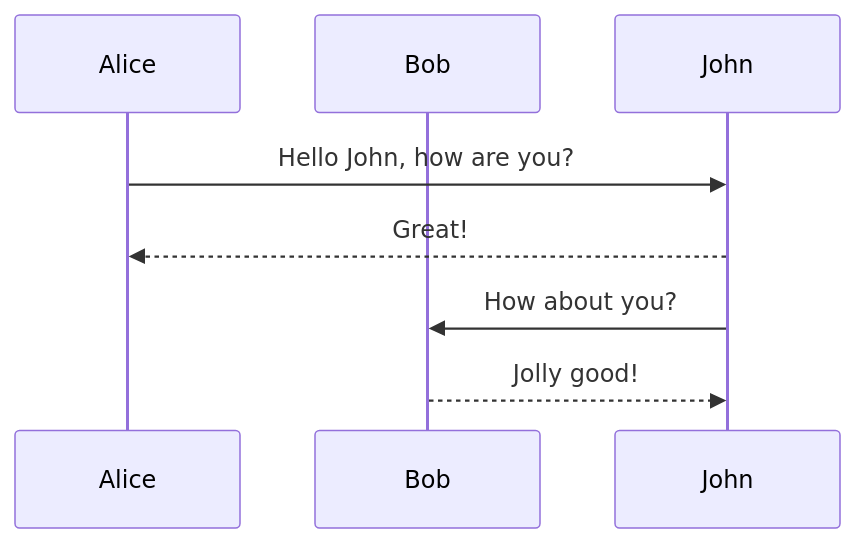
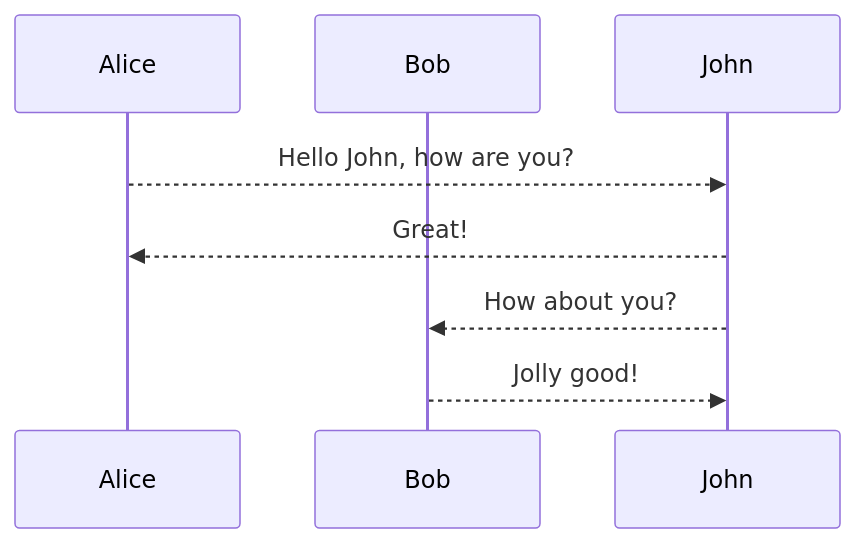
Before and after one commit to miaozhuojun/miaozhuojun.github.io: the third of 3 diagrams in _posts/2021-03-26-Hotspot-intrinsice.md, drawn with Mermaid.

```diff
--- a/_posts/2021-03-26-Hotspot-intrinsice.md
+++ b/_posts/2021-03-26-Hotspot-intrinsice.md
@@ -445,10 +445,10 @@
 <div class="mermaid">
 sequenceDiagram
     participant Alice
     participant Bob
     participant John
-    Alice->>John: Hello John, how are you?
+    Alice-->>John: Hello John, how are you?
     John-->>Alice: Great!
-    John->>Bob: How about you?
+    John-->>Bob: How about you?
     Bob-->>John: Jolly good!
 </div>
```
